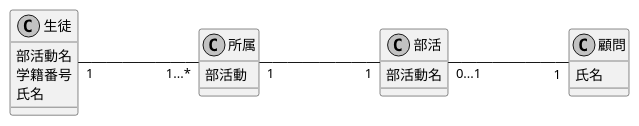
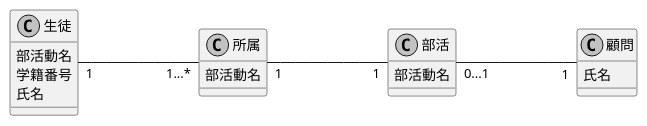
The diagram in kengo/class_manytomany.pu (HazeyamaLab/practiceGit2022), drawn with PlantUML before and after one commit.

Commit message:
誤字を修正しました

```diff
--- a/kengo/class_manytomany.pu
+++ b/kengo/class_manytomany.pu
@@ -1,35 +1,35 @@
 @startuml class_diagram
 ' 多対多のクラス図の例
 
 skinparam monochrome true
 skinparam shadowing false
 
 ' クラスを定義
 class 生徒{
     部活動名
     学籍番号
     氏名
 }
 
 
 class 所属{
-    部活動
+    部活動名
 }
 
 
 class 部活{
     部活動名
 }
 
 class 顧問{
     氏名
 }
 
 ' 関係を定義 
 left to right direction
 生徒 "1" --- "1...*" 所属
 所属 "1" --- "1" 部活
 部活 "0...1" --- "1" 顧問
 
 ' umlの終了を宣言
 @enduml
```
